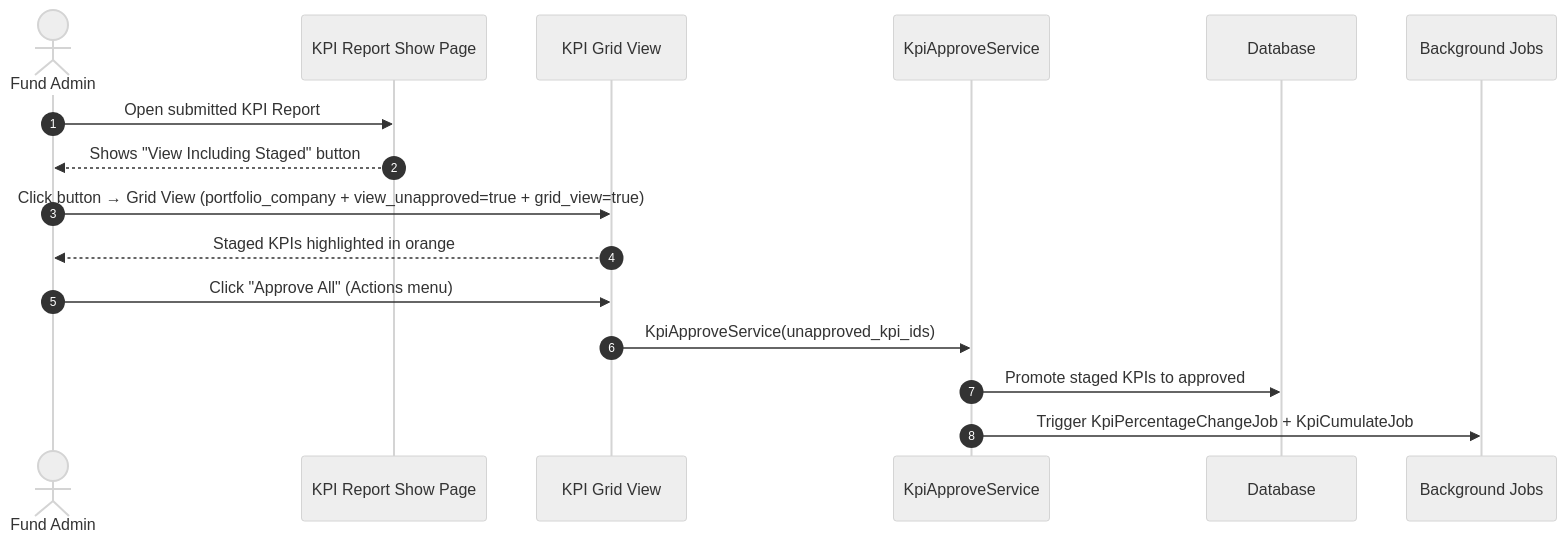
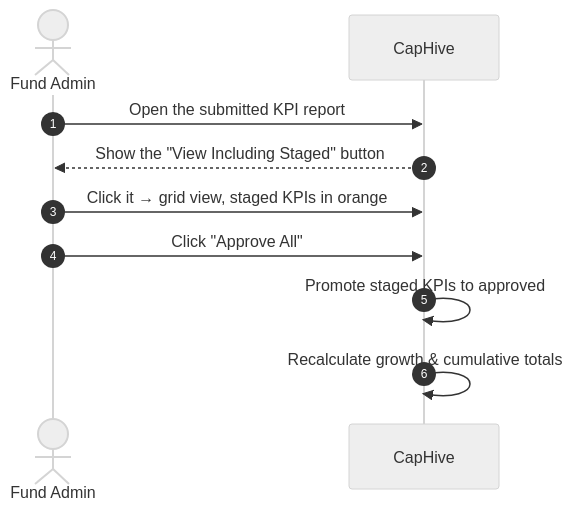
Before and after one commit to sampadadiwan/IRM_CompanyMain: the third of 5 diagrams in docs/user_guides/kpi_upload_user_guide.md, drawn with Mermaid (neutral theme). The commit also changed other lines of this file and 21 other files, not shown here.

````diff
--- a/docs/user_guides/kpi_upload_user_guide.md
+++ b/docs/user_guides/kpi_upload_user_guide.md
@@ -132,19 +111,13 @@
 ```mermaid
 sequenceDiagram
     autonumber
     actor Admin as Fund Admin
-    participant Show as KPI Report Show Page
-    participant Grid as KPI Grid View
-    participant Svc as KpiApproveService
-    participant DB as Database
-    participant Jobs as Background Jobs
+    participant System as CapHive
 
-    Admin->>Show: Open submitted KPI Report
-    Show-->>Admin: Shows "View Including Staged" button
-    Admin->>Grid: Click button → Grid View (portfolio_company + view_unapproved=true + grid_view=true)
-    Grid-->>Admin: Staged KPIs highlighted in orange
-    Admin->>Grid: Click "Approve All" (Actions menu)
-    Grid->>Svc: KpiApproveService(unapproved_kpi_ids)
-    Svc->>DB: Promote staged KPIs to approved
-    Svc->>Jobs: Trigger KpiPercentageChangeJob + KpiCumulateJob
+    Admin->>System: Open the submitted KPI report
+    System-->>Admin: Show the "View Including Staged" button
+    Admin->>System: Click it → grid view, staged KPIs in orange
+    Admin->>System: Click "Approve All"
+    System->>System: Promote staged KPIs to approved
+    System->>System: Recalculate growth & cumulative totals
 ```
````
